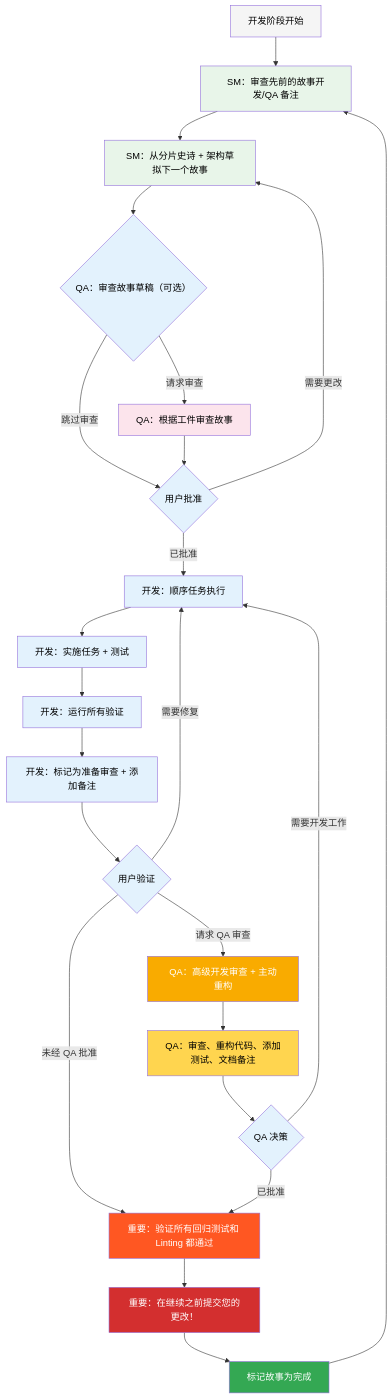
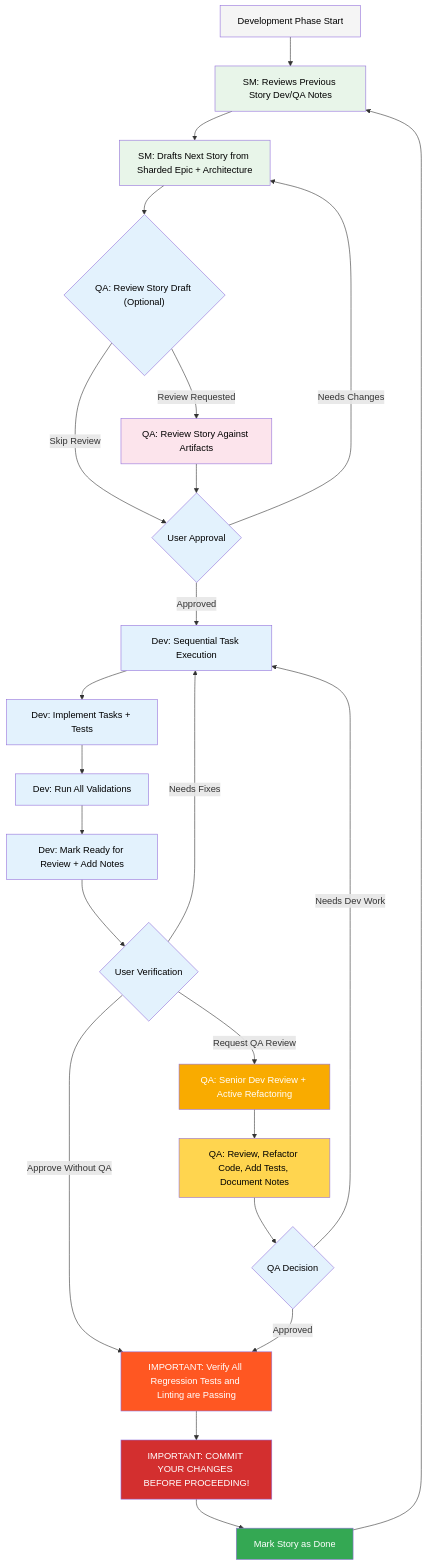
The second of 2 diagrams in .bmad-core/user-guide.md (qiaoliang/shop-online-go), drawn with Mermaid before and after one commit. The commit also changed other lines of this file and 86 other files, not shown here.

````diff
--- a/.bmad-core/user-guide.md
+++ b/.bmad-core/user-guide.md
@@ -84,43 +84,43 @@
 ```mermaid
 graph TD
-    A["开发阶段开始"] --> B["SM：审查先前的故事开发/QA 备注"]
-    B --> B2["SM：从分片史诗 + 架构草拟下一个故事"]
-    B2 --> B3{"QA：审查故事草稿（可选）"}
-    B3 -->|请求审查| B4["QA：根据工件审查故事"]
-    B3 -->|跳过审查| C{"用户批准"}
+    A["Development Phase Start"] --> B["SM: Reviews Previous Story Dev/QA Notes"]
+    B --> B2["SM: Drafts Next Story from Sharded Epic + Architecture"]
+    B2 --> B3{"QA: Review Story Draft (Optional)"}
+    B3 -->|Review Requested| B4["QA: Review Story Against Artifacts"]
+    B3 -->|Skip Review| C{"User Approval"}
     B4 --> C
-    C -->|已批准| D["开发：顺序任务执行"]
-    C -->|需要更改| B2
-    D --> E["开发：实施任务 + 测试"]
-    E --> F["开发：运行所有验证"]
-    F --> G["开发：标记为准备审查 + 添加备注"]
-    G --> H{"用户验证"}
-    H -->|请求 QA 审查| I["QA：高级开发审查 + 主动重构"]
-    H -->|未经 QA 批准| M["重要：验证所有回归测试和 Linting 都通过"]
-    I --> J["QA：审查、重构代码、添加测试、文档备注"]
-    J --> L{"QA 决策"}
-    L -->|需要开发工作| D
-    L -->|已批准| M
-    H -->|需要修复| D
-    M --> N["重要：在继续之前提交您的更改！"]
-    N --> K["标记故事为完成"]
+    C -->|Approved| D["Dev: Sequential Task Execution"]
+    C -->|Needs Changes| B2
+    D --> E["Dev: Implement Tasks + Tests"]
+    E --> F["Dev: Run All Validations"]
+    F --> G["Dev: Mark Ready for Review + Add Notes"]
+    G --> H{"User Verification"}
+    H -->|Request QA Review| I["QA: Senior Dev Review + Active Refactoring"]
+    H -->|Approve Without QA| M["IMPORTANT: Verify All Regression Tests and Linting are Passing"]
+    I --> J["QA: Review, Refactor Code, Add Tests, Document Notes"]
+    J --> L{"QA Decision"}
+    L -->|Needs Dev Work| D
+    L -->|Approved| M
+    H -->|Needs Fixes| D
+    M --> N["IMPORTANT: COMMIT YOUR CHANGES BEFORE PROCEEDING!"]
+    N --> K["Mark Story as Done"]
     K --> B
 
     style A fill:#f5f5f5,color:#000
     style B fill:#e8f5e9,color:#000
     style B2 fill:#e8f5e9,color:#000
     style B3 fill:#e3f2fd,color:#000
     style B4 fill:#fce4ec,color:#000
     style C fill:#e3f2fd,color:#000
     style D fill:#e3f2fd,color:#000
     style E fill:#e3f2fd,color:#000
     style F fill:#e3f2fd,color:#000
     style G fill:#e3f2fd,color:#000
     style H fill:#e3f2fd,color:#000
     style I fill:#f9ab00,color:#fff
     style J fill:#ffd54f,color:#000
     style K fill:#34a853,color:#fff
     style L fill:#e3f2fd,color:#000
     style M fill:#ff5722,color:#fff
     style N fill:#d32f2f,color:#fff
 ```
````
